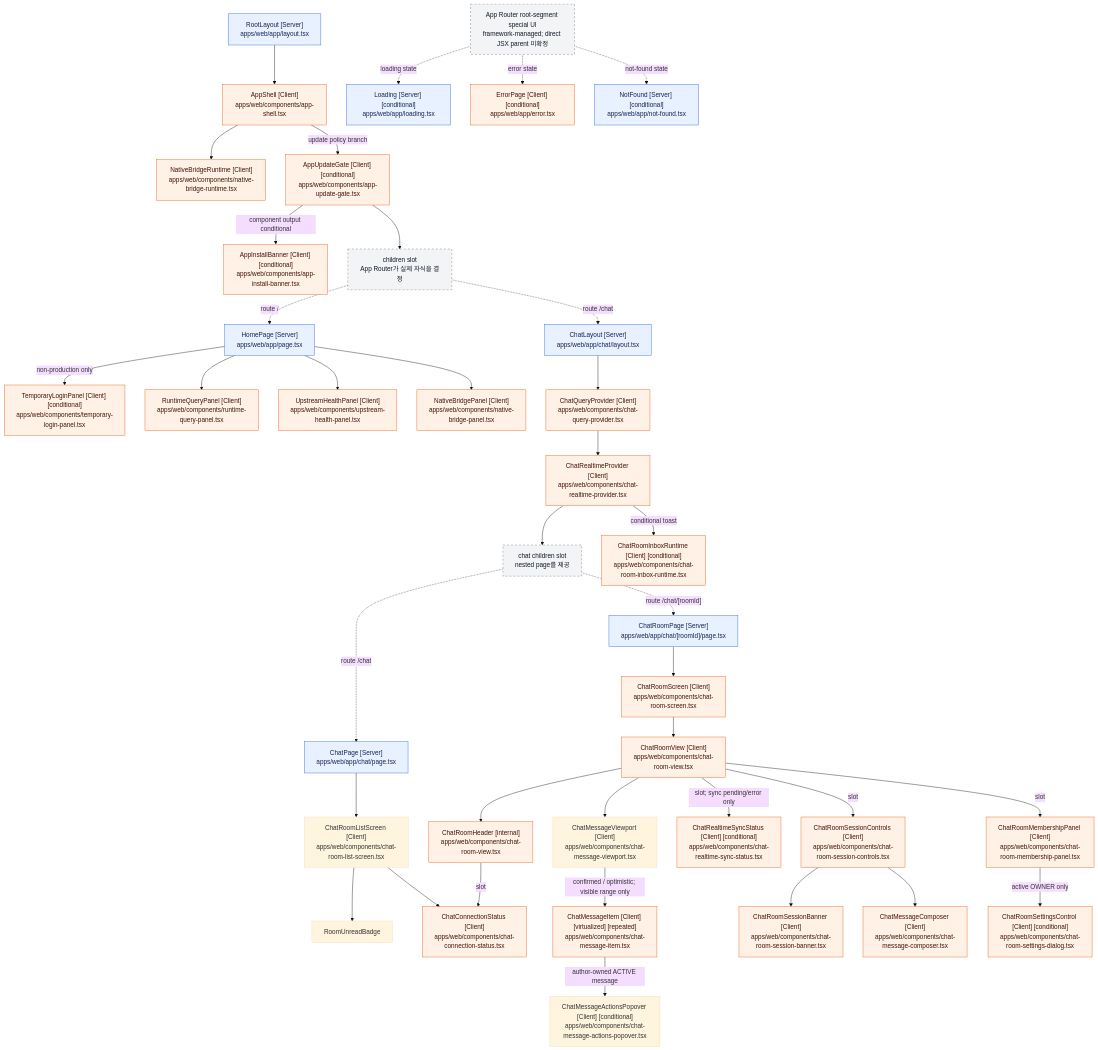
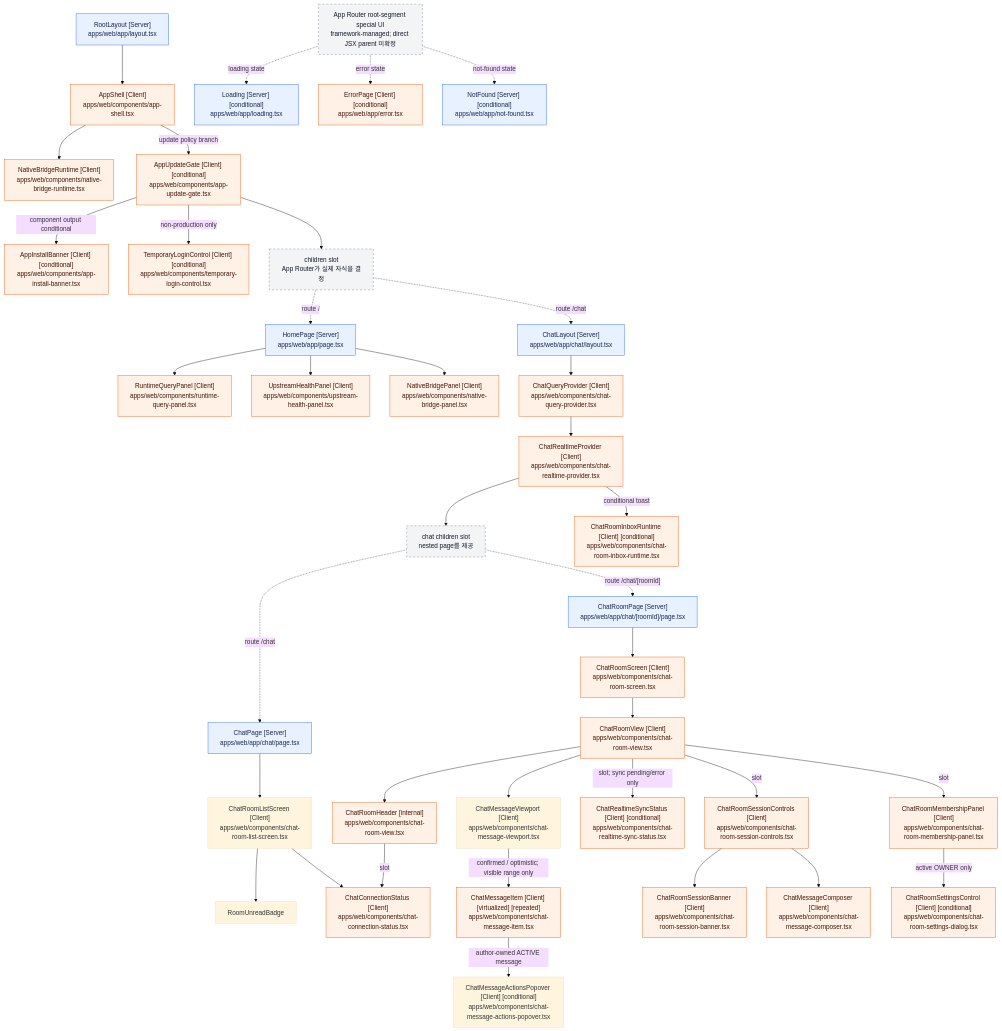
The diagram in docs/architecture/react-component-tree.md (mokpombc17-coder/CIVIC-AI), drawn with Mermaid (base theme) before and after one commit. The commit also changed other lines of this file and 7 other files, not shown here.

Commit message:
feat(web): move local auth refresh to app header

````diff
--- a/docs/architecture/react-component-tree.md
+++ b/docs/architecture/react-component-tree.md
@@ -127,7 +128,7 @@
     ChildrenSlot["children slot<br/>App Router가 실제 자식을 결정"]
 
     HomePage["HomePage [Server]<br/>apps/web/app/page.tsx"]
-    TemporaryLoginPanel["TemporaryLoginPanel [Client] [conditional]<br/>apps/web/components/temporary-login-panel.tsx"]
+    TemporaryLoginControl["TemporaryLoginControl [Client] [conditional]<br/>apps/web/components/temporary-login-control.tsx"]
     RuntimeQueryPanel["RuntimeQueryPanel [Client]<br/>apps/web/components/runtime-query-panel.tsx"]
     UpstreamHealthPanel["UpstreamHealthPanel [Client]<br/>apps/web/components/upstream-health-panel.tsx"]
     NativeBridgePanel["NativeBridgePanel [Client]<br/>apps/web/components/native-bridge-panel.tsx"]
@@ -163,10 +164,10 @@
     AppShell --> NativeBridgeRuntime
     AppShell -->|"update policy branch"| AppUpdateGate
     AppUpdateGate -->|"component output conditional"| AppInstallBanner
+    AppUpdateGate -->|"non-production only"| TemporaryLoginControl
     AppUpdateGate --> ChildrenSlot
 
     ChildrenSlot -. "route /" .-> HomePage
-    HomePage -->|"non-production only"| TemporaryLoginPanel
     HomePage --> RuntimeQueryPanel
     HomePage --> UpstreamHealthPanel
     HomePage --> NativeBridgePanel
@@ -204,6 +205,6 @@
     classDef framework fill:#f3f4f6,stroke:#6b7280,color:#111827,stroke-dasharray:5 5;
 
     class RootLayout,HomePage,ChatLayout,ChatPage,ChatRoomPage,Loading,NotFound server;
-    class AppShell,NativeBridgeRuntime,AppUpdateGate,AppInstallBanner,TemporaryLoginPanel,RuntimeQueryPanel,UpstreamHealthPanel,NativeBridgePanel,ChatQueryProvider,ChatRealtimeProvider,ChatRoomInboxRuntime,ChatRoomScreen,ChatRoomView,ChatRoomHeader,ChatMessageHistory,ChatMessageList,ChatMessageItem,ChatConnectionStatus,ChatRealtimeSyncStatus,ChatRoomSessionControls,ChatRoomSessionBanner,ChatMessageComposer,ChatRoomMembershipPanel,ChatRoomSettingsControl,ErrorPage client;
+    class AppShell,NativeBridgeRuntime,AppUpdateGate,AppInstallBanner,TemporaryLoginControl,RuntimeQueryPanel,UpstreamHealthPanel,NativeBridgePanel,ChatQueryProvider,ChatRealtimeProvider,ChatRoomInboxRuntime,ChatRoomScreen,ChatRoomView,ChatRoomHeader,ChatMessageHistory,ChatMessageList,ChatMessageItem,ChatConnectionStatus,ChatRealtimeSyncStatus,ChatRoomSessionControls,ChatRoomSessionBanner,ChatMessageComposer,ChatRoomMembershipPanel,ChatRoomSettingsControl,ErrorPage client;
     class ChildrenSlot,ChatChildrenSlot,SpecialBoundary framework;
 ```
````
